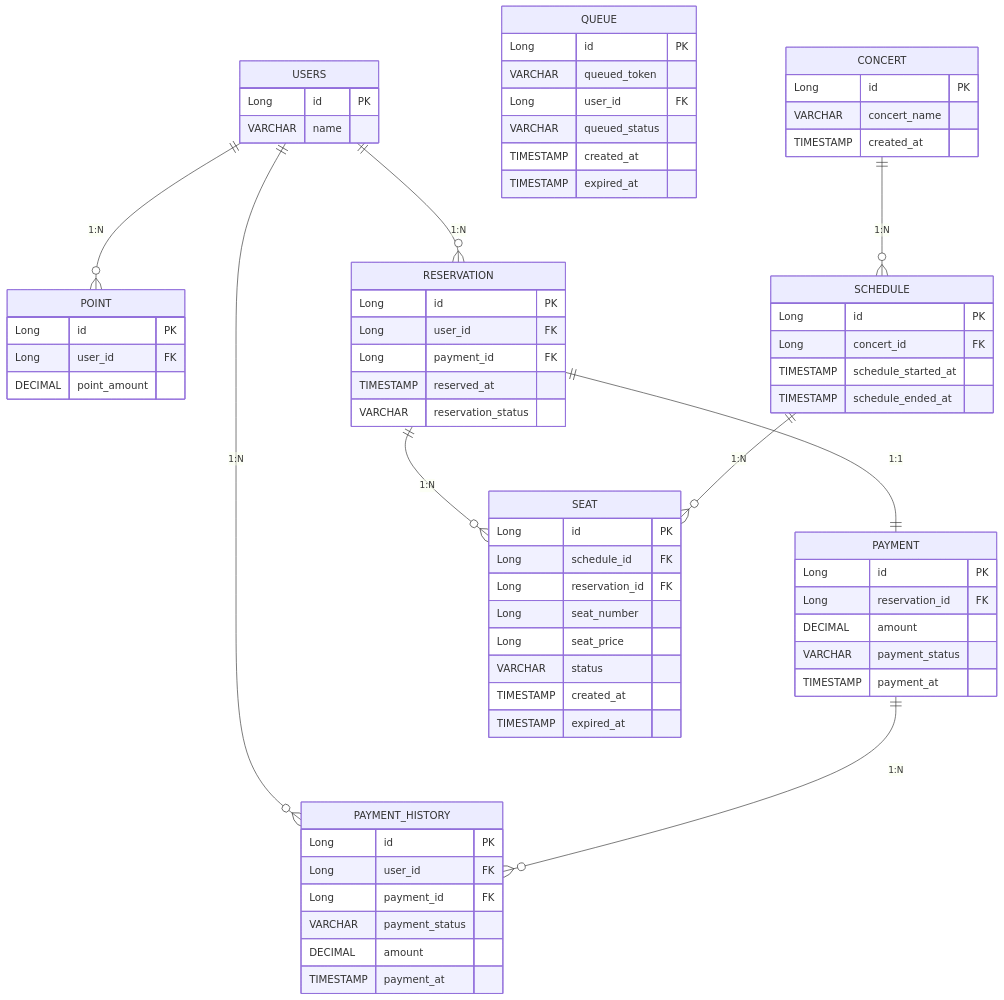
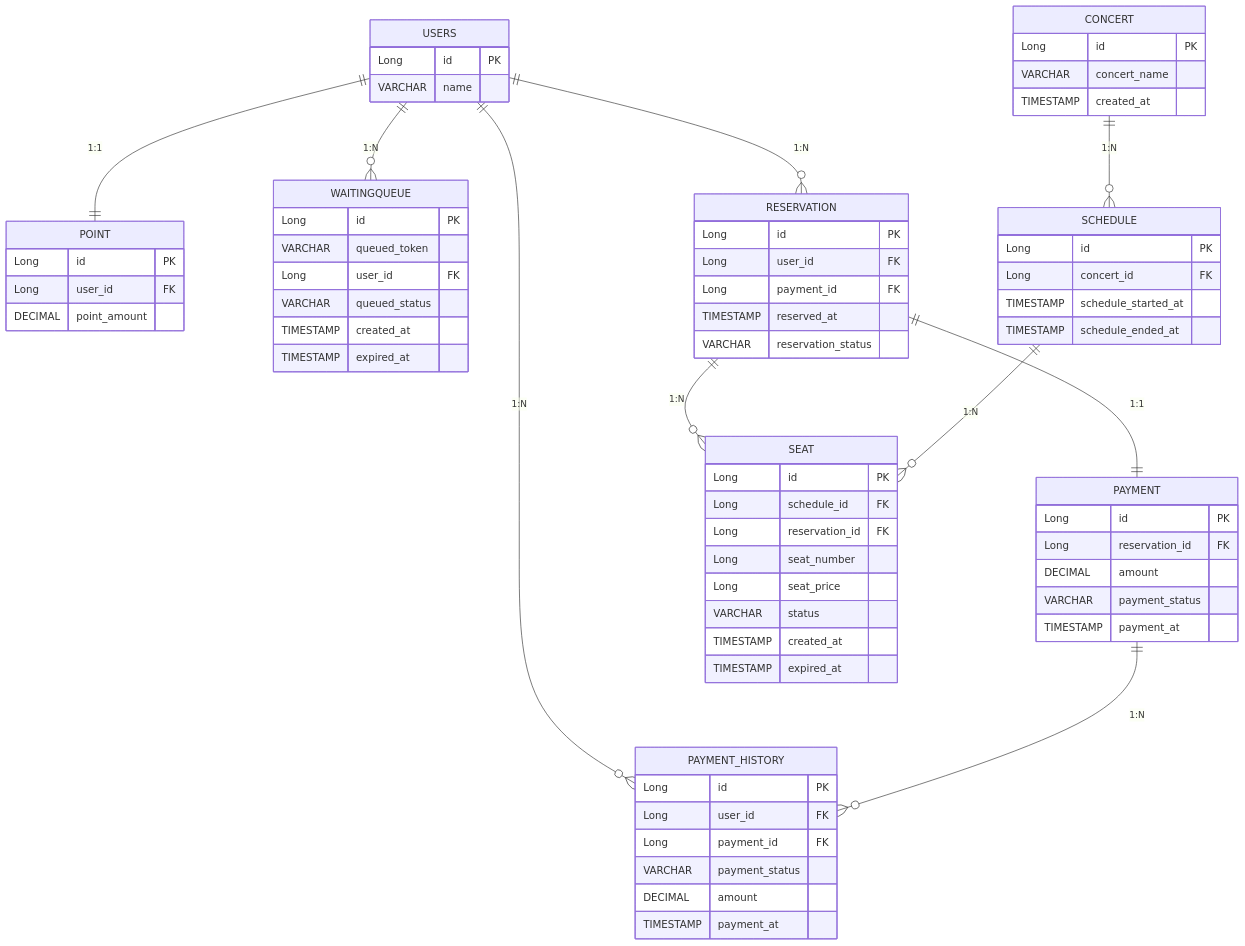
The diagram in docs/ERD.md (hyojin202406/hanghae-concert), drawn with Mermaid before and after one commit. The commit also changed 80 other files, not shown here.

````diff
--- a/docs/ERD.md
+++ b/docs/ERD.md
@@ -5,82 +5,83 @@
 ```mermaid
 erDiagram
     USERS {
         Long id PK
         VARCHAR name
     }
     
     POINT {
         Long id PK
         Long user_id FK
         DECIMAL point_amount
     }
-    
-    QUEUE {
+
+    WAITINGQUEUE {
         Long id PK
         VARCHAR queued_token
         Long user_id FK
         VARCHAR queued_status
         TIMESTAMP created_at
         TIMESTAMP expired_at
     }
 
     RESERVATION {
         Long id PK
         Long user_id FK
         Long payment_id FK
         TIMESTAMP reserved_at
         VARCHAR reservation_status
     }
 
     PAYMENT {
         Long id PK
         Long reservation_id FK
         DECIMAL amount
         VARCHAR payment_status
         TIMESTAMP payment_at
     }
     
     PAYMENT_HISTORY {
         Long id PK
         Long user_id FK
         Long payment_id FK
         VARCHAR payment_status
         DECIMAL amount
         TIMESTAMP payment_at
     }
     
     CONCERT {
         Long id PK
         VARCHAR concert_name
         TIMESTAMP created_at
     }
 
     SCHEDULE {
         Long id PK
         Long concert_id FK
         TIMESTAMP schedule_started_at
         TIMESTAMP schedule_ended_at
     }
     
     SEAT {
         Long id PK
         Long schedule_id FK
         Long reservation_id FK
         Long seat_number
         Long seat_price
         VARCHAR status
         TIMESTAMP created_at
         TIMESTAMP expired_at
     }
 
     %% Relationships
     USERS ||--o{ RESERVATION : "1:N"
     USERS ||--o{ PAYMENT_HISTORY : "1:N"
-    USERS ||--o{ POINT : "1:N"
+    USERS ||--|| POINT : "1:1"
+    USERS ||--o{ WAITINGQUEUE : "1:N"
     PAYMENT ||--o{ PAYMENT_HISTORY : "1:N"
     RESERVATION ||--|| PAYMENT : "1:1"
     RESERVATION ||--o{ SEAT : "1:N"
     CONCERT ||--o{ SCHEDULE : "1:N"
     SCHEDULE ||--o{ SEAT : "1:N"
 
 ```
````
